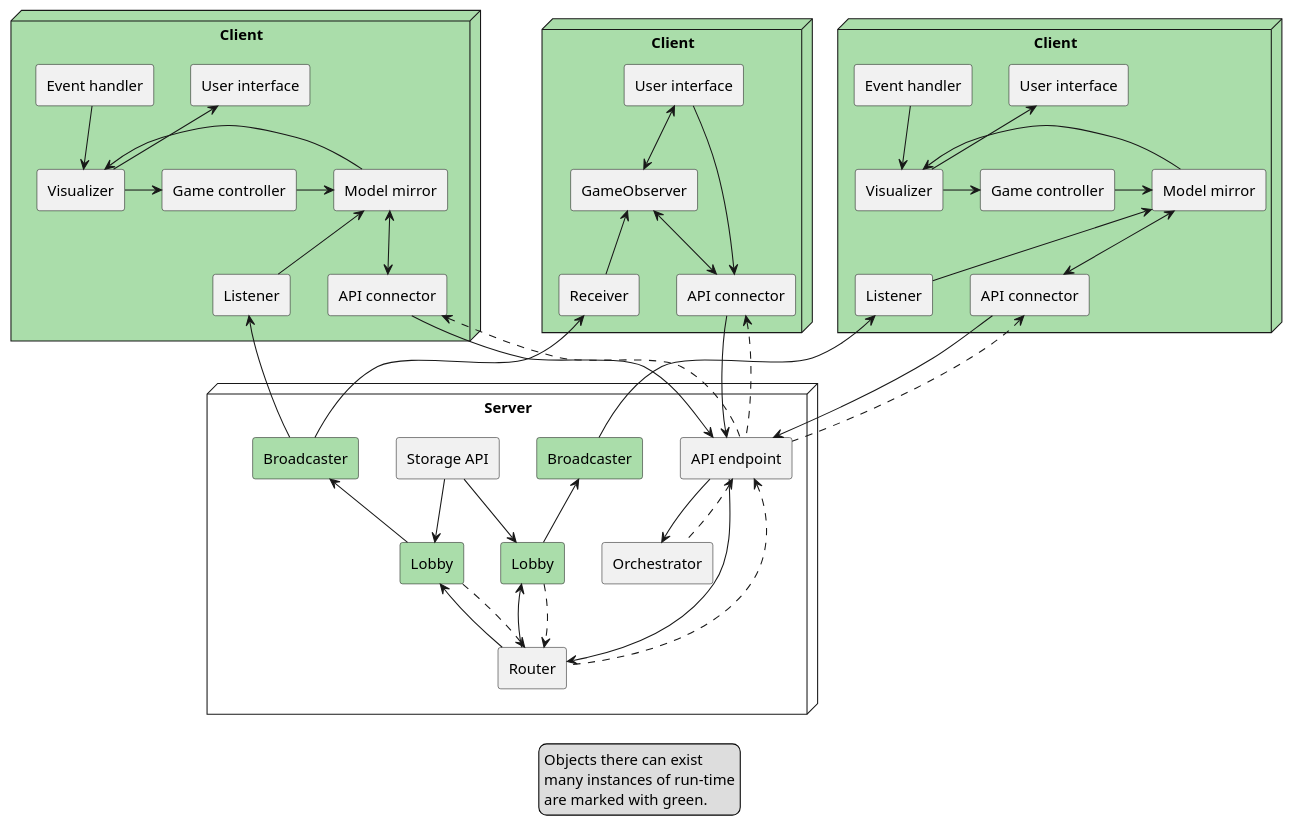
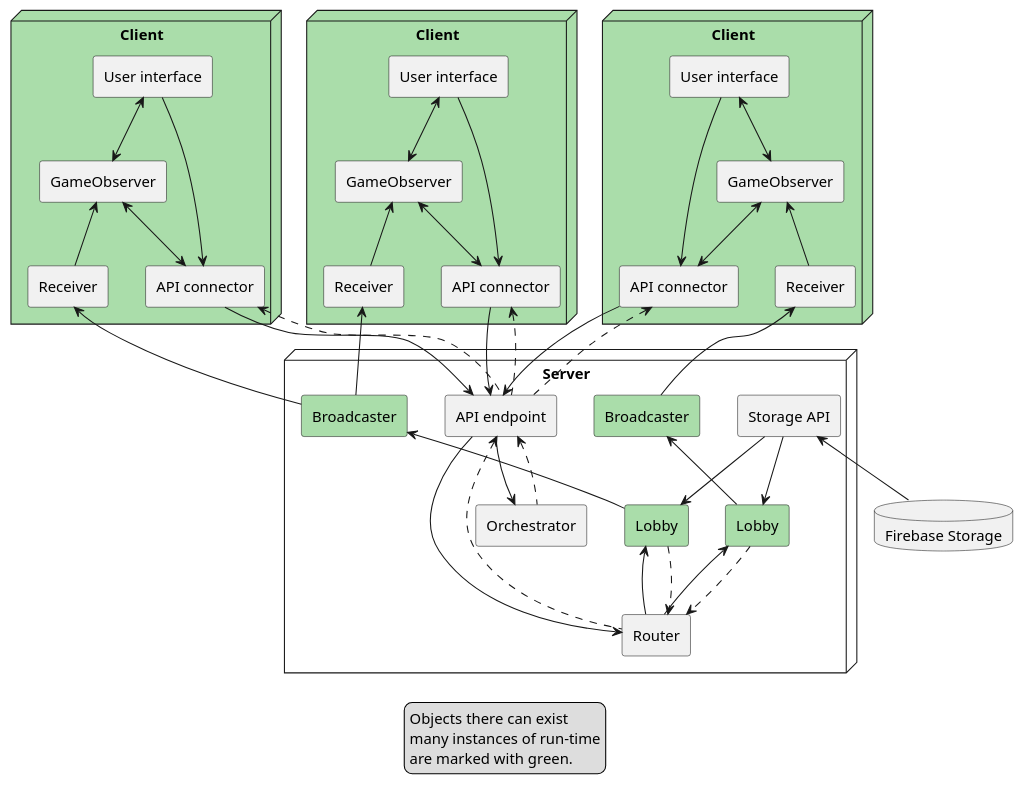
Before and after one commit to SWA-group-1/PlantUML: the diagram in Process/Deployment/ConcurrencyAndInformation.puml, drawn with PlantUML. The commit also changed 1 other file, not shown here.

```diff
--- a/Process/Deployment/ConcurrencyAndInformation.puml
+++ b/Process/Deployment/ConcurrencyAndInformation.puml
@@ -1,100 +1,93 @@
 @startuml
 'https://plantuml.com/deployment-diagram
 
 legend
     Objects there can exist
     many instances of run-time
     are marked with green.
 end legend
 
-node "Client" as client_0 #ADA {
-    agent "Game controller" as controller_0
-    agent "Visualizer" as visualizer_0
-    agent "Event handler" as event_0
-    agent "User interface" as ui_0
-    agent "Model mirror" as mirror_0
-    agent "API connector" as connector_0
-    agent "Listener" as listener_0
+node "Client" as client_1 #ADA {
+    agent "User interface" as ui_1
+    agent "GameObserver" as mirror_1
+    agent "API connector" as connector_1
+    agent "Receiver" as listener_1
 
-    event_0 -down-> visualizer_0
-    visualizer_0 -up-> ui_0
-    visualizer_0 -right-> controller_0
-    controller_0 -right-> mirror_0
-    mirror_0 -> visualizer_0
-    mirror_0 <-down-> connector_0
-    listener_0 -up-> mirror_0
-}
-
-node "Client" as client_1 #ADA {
-    agent "Game controller" as controller_1
-    agent "Visualizer" as visualizer_1
-    agent "Event handler" as event_1
-    agent "User interface" as ui_1
-    agent "Model mirror" as mirror_1
-    agent "API connector" as connector_1
-    agent "Listener" as listener_1
-
-    event_1 -down-> visualizer_1
-    visualizer_1 -up-> ui_1
-    visualizer_1 -right-> controller_1
-    controller_1 -right-> mirror_1
-    mirror_1 -> visualizer_1
+    ui_1 --> connector_1
+    ui_1 <--> mirror_1
     mirror_1 <-down-> connector_1
     listener_1 -up-> mirror_1
 }
 
 node "Client" as client_2 #ADA {
     agent "User interface" as ui_2
     agent "GameObserver" as mirror_2
     agent "API connector" as connector_2
     agent "Receiver" as listener_2
 
     ui_2 --> connector_2
     ui_2 <--> mirror_2
     mirror_2 <-down-> connector_2
     listener_2 -up-> mirror_2
 }
 
+node "Client" as client_0 #ADA {
+    agent "User interface" as ui_0
+    agent "GameObserver" as mirror_0
+    agent "API connector" as connector_0
+    agent "Receiver" as listener_0
+
+    ui_0 --> connector_0
+    ui_0 <--> mirror_0
+    mirror_0 <-down-> connector_0
+    listener_0 -up-> mirror_0
+}
+
+database "Firebase Storage" as firebase
+
 node "Server" as server {
     agent "API endpoint" as endpoint
     agent "Broadcaster" as broadcaster_0 #ADA
     agent "Broadcaster" as broadcaster_1 #ADA
     agent "Storage API" as storage
     agent "Lobby" as lobby_0 #ADA
     agent "Lobby" as lobby_1 #ADA
     agent "Orchestrator" as orchestrator
     agent "Router" as router
 
+    firebase -up-> storage
     endpoint -[hidden]right- broadcaster_0
     broadcaster_0 -[hidden]right- broadcaster_1
     broadcaster_1 -[hidden]right- storage
     lobby_0 -up-> broadcaster_0
     lobby_0 -[hidden]right- lobby_1
     lobby_0 <-up- storage
     lobby_1 -up-> broadcaster_1
     lobby_1 <-up- storage
     orchestrator <-up- endpoint
     orchestrator .up.> endpoint
     router <-up- endpoint
     router .up.> endpoint
     router -up-> lobby_0
     router <.up. lobby_0
     router -up-> lobby_1
     router <.up. lobby_1
 }
 
-client_1 -[hidden]down- server
+
+
+'client_1 -[hidden]down- server
 
 endpoint <-up- connector_0
 endpoint .up.> connector_0
 endpoint <-up- connector_1
 endpoint .up.> connector_1
 endpoint <-up- connector_2
 endpoint .up.> connector_2
 
 broadcaster_0 -up-> listener_0
 broadcaster_1 -up-> listener_1
 broadcaster_1 -[hidden]up-> listener_1
 broadcaster_1 -up-> listener_2
 
 @enduml
```
